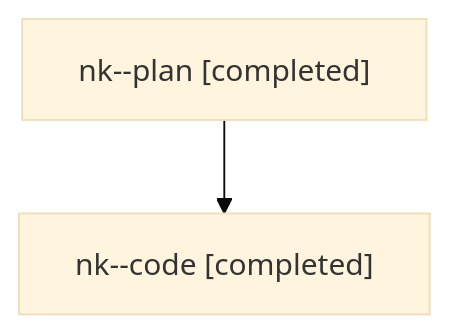
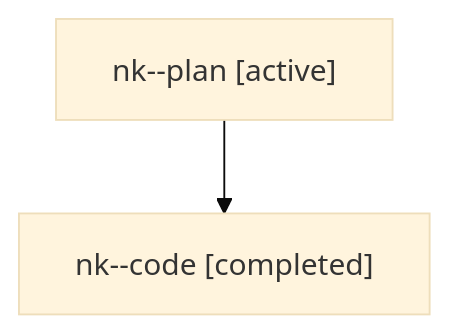
The diagram in families/bbugyi200.athena.nk.md (sase-org/sase--agents), drawn with Mermaid (base theme) before and after one commit. The commit also changed other lines of this file and 5813 other files, not shown here.

````diff
--- a/families/bbugyi200.athena.nk.md
+++ b/families/bbugyi200.athena.nk.md
@@ -9,6 +9,6 @@
 ```mermaid
 flowchart TD
-  n0["nk--plan [completed]"]
+  n0["nk--plan [active]"]
   n1["nk--code [completed]"]
   n0 --> n1
 ```
````
